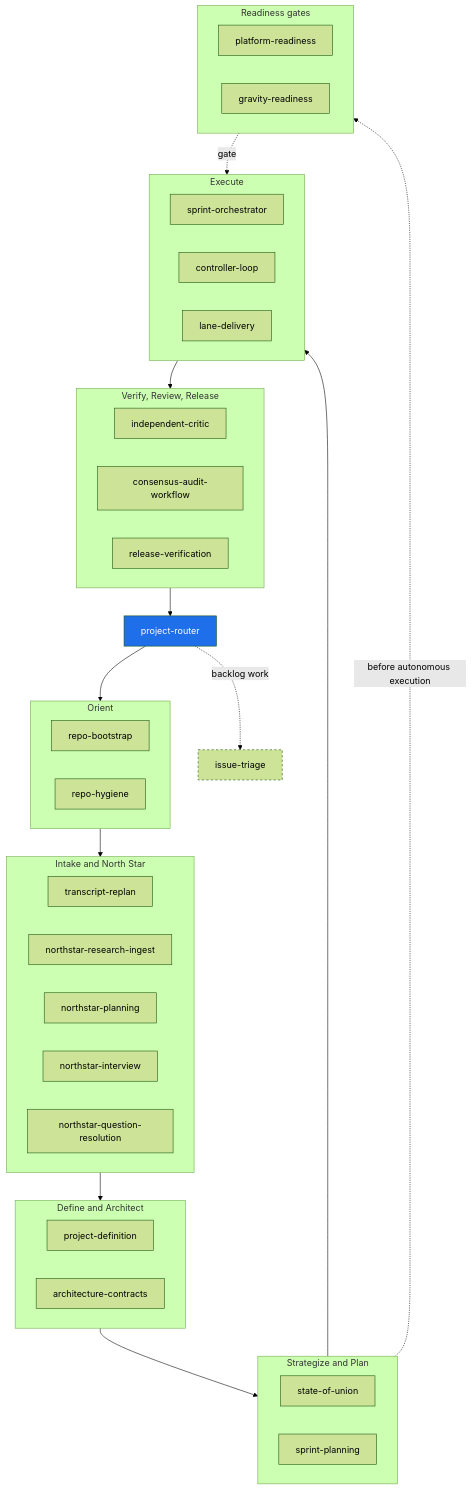
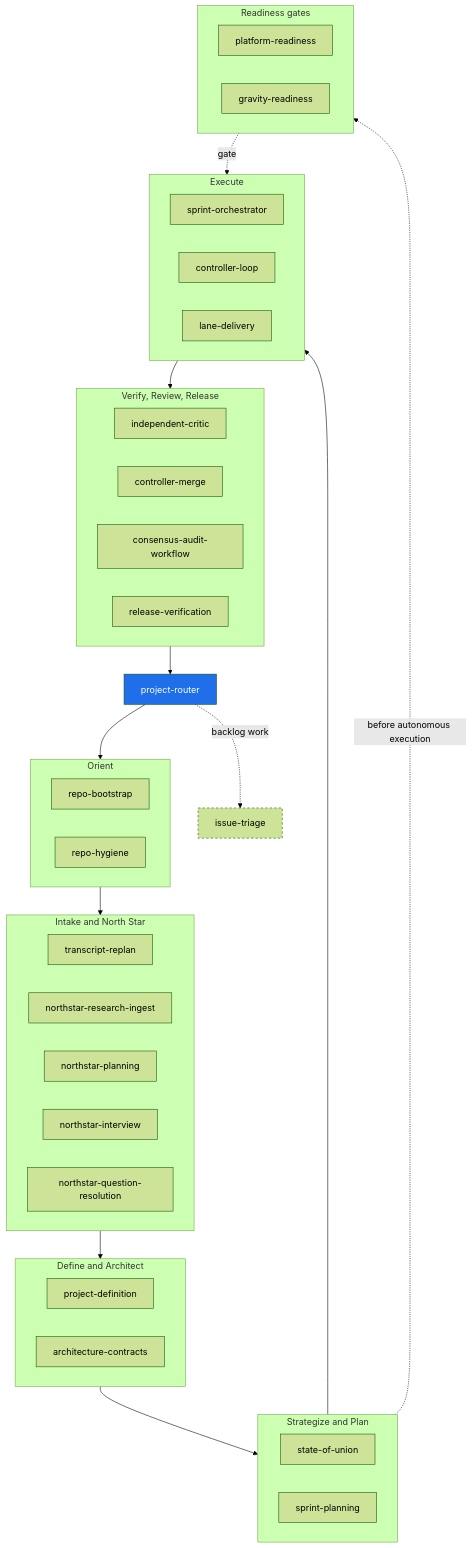
One commit to VerdifyConsultancy/verdify-skills changed the first of 2 diagrams in docs/skills/README.md. Above: the diagram before and after it, drawn with Mermaid (forest theme). The commit also changed other lines of this file and 13 other files, not shown here.

Commit message:
Add controller-merge skill

````diff
--- a/docs/skills/README.md
+++ b/docs/skills/README.md
@@ -27,46 +27,47 @@
 ```mermaid
 flowchart TD
     R[project-router]:::route
 
     subgraph ORIENT["Orient"]
       RB[repo-bootstrap]
       RH[repo-hygiene]
     end
     subgraph NS["Intake and North Star"]
       TR[transcript-replan]
       RI[northstar-research-ingest]
       NP[northstar-planning]
       NI[northstar-interview]
       NQ[northstar-question-resolution]
     end
     subgraph DEF["Define and Architect"]
       PD[project-definition]
       AC[architecture-contracts]
     end
     subgraph PLAN["Strategize and Plan"]
       SU[state-of-union]
       SP[sprint-planning]
     end
     subgraph EXEC["Execute"]
       SO[sprint-orchestrator]
       CL[controller-loop]
       LD[lane-delivery]
     end
     subgraph VERIFY["Verify, Review, Release"]
       IC[independent-critic]
+      CM[controller-merge]
       CA[consensus-audit-workflow]
       RV[release-verification]
     end
     subgraph GATES["Readiness gates"]
       PR[platform-readiness]
       GR[gravity-readiness]
     end
 
     R --> ORIENT --> NS --> DEF --> PLAN --> EXEC --> VERIFY --> R
     PLAN -. before autonomous execution .-> GATES
     GATES -. gate .-> EXEC
     R -. backlog work .-> IT[issue-triage]:::standalone
 
     classDef route fill:#1f6feb,color:#fff;
     classDef standalone stroke-dasharray: 4 4;
 ```
````
